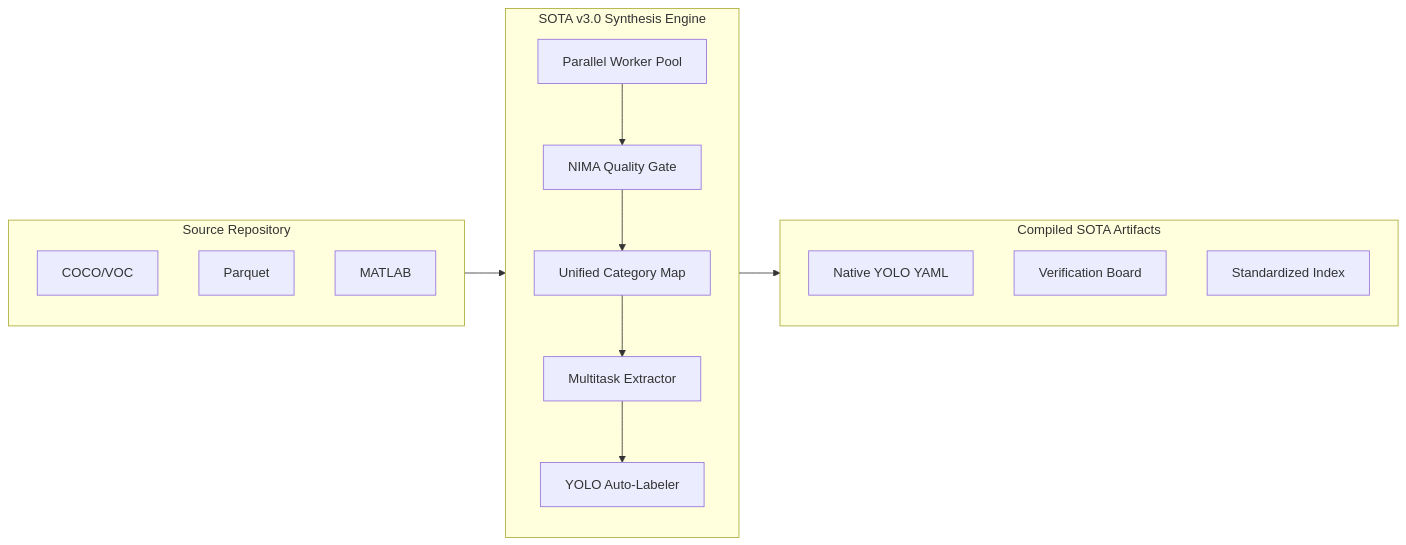
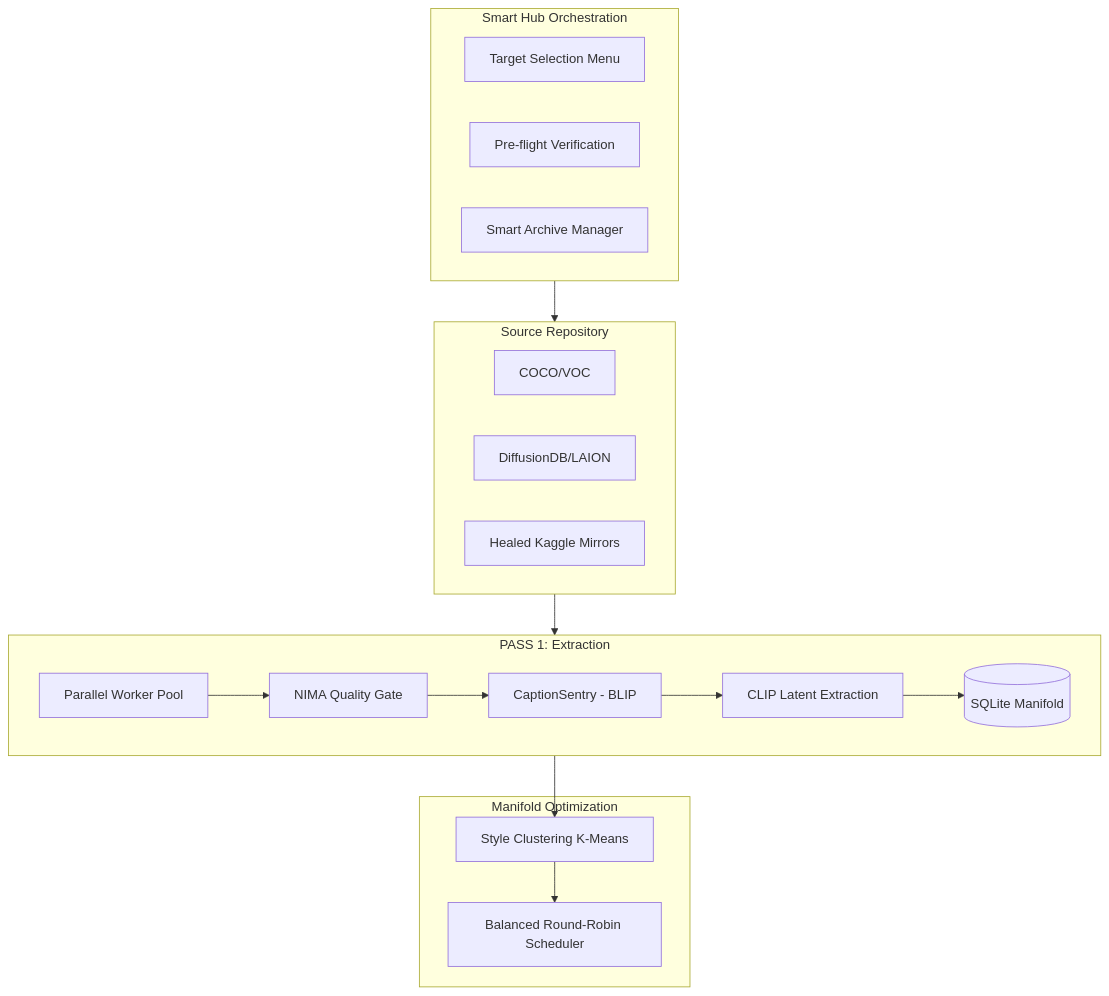
Before and after one commit to lemgenda/lemgendary-dataset-generator: the diagram in README.md, drawn with Mermaid. The commit also changed other lines of this file and 10 other files, not shown here.

````diff
--- a/README.md
+++ b/README.md
@@ -29,30 +32,37 @@
 ```mermaid
-graph LR
+graph TD
+    subgraph Hub[Smart Hub Orchestration]
+        M1[Target Selection Menu]
+        M2[Pre-flight Verification]
+        M3[Smart Archive Manager]
+    end
+
     subgraph RawData[Source Repository]
         D1[COCO/VOC]
-        D2[Parquet]
-        D3[MATLAB]
+        D2[DiffusionDB/LAION]
+        D3[Healed Kaggle Mirrors]
     end
 
-    subgraph V3_Core[SOTA v3.0 Synthesis Engine]
+    subgraph Pass1[PASS 1: Extraction]
         A[Parallel Worker Pool]
         B[NIMA Quality Gate]
-        C[Unified Category Map]
-        D[Multitask Extractor]
-        E[YOLO Auto-Labeler]
+        C[CaptionSentry - BLIP]
+        D[CLIP Latent Extraction]
+        E[(SQLite Manifold)]
         
         A --> B
         B --> C
         C --> D
         D --> E
     end
 
-    subgraph Output[Compiled SOTA Artifacts]
-        F[Native YOLO YAML]
-        G[Verification Board]
-        H[Standardized Index]
+    subgraph Manifold[Manifold Optimization]
+        G[Style Clustering K-Means]
+        H[Balanced Round-Robin Scheduler]
     end
 
-    RawData --> V3_Core
-    V3_Core --> Output
+    Hub --> RawData
+    RawData --> Pass1
+    Pass1 --> G
+    G --> H
 ```
````
